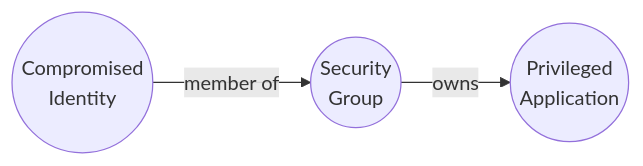
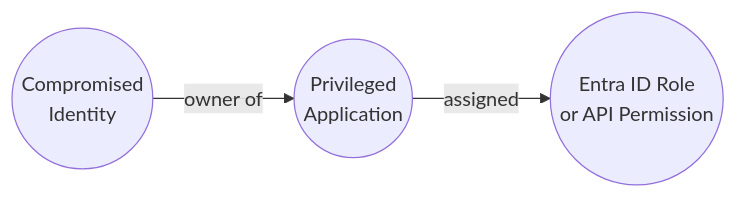
Before and after one commit to mvelazc0/BadZure: the seventh of 7 diagrams in docs/attack-paths/app-ownership-abuse.md, drawn with Mermaid. The commit also changed other lines of this file and 14 other files, not shown here.

First line of the commit message:
Add assignment_type group_owner to support Group Ownership Abuse attack paths

````diff
--- a/docs/attack-paths/app-ownership-abuse.md
+++ b/docs/attack-paths/app-ownership-abuse.md
@@ -87,5 +90,5 @@
     ``` mermaid
     graph LR
-        U(("Compromised<br/>Identity")) -->|"member of"| G(("Security<br/>Group"))
-        G -->|"owns"| APP(("Privileged<br/>Application"))
+        ID(("Compromised<br/>Identity")) -->|"owner of"| APP(("Privileged<br/>Application"))
+        APP -->|"assigned"| PRIV(("Entra ID Role<br/>or API Permission"))
     ```
````
